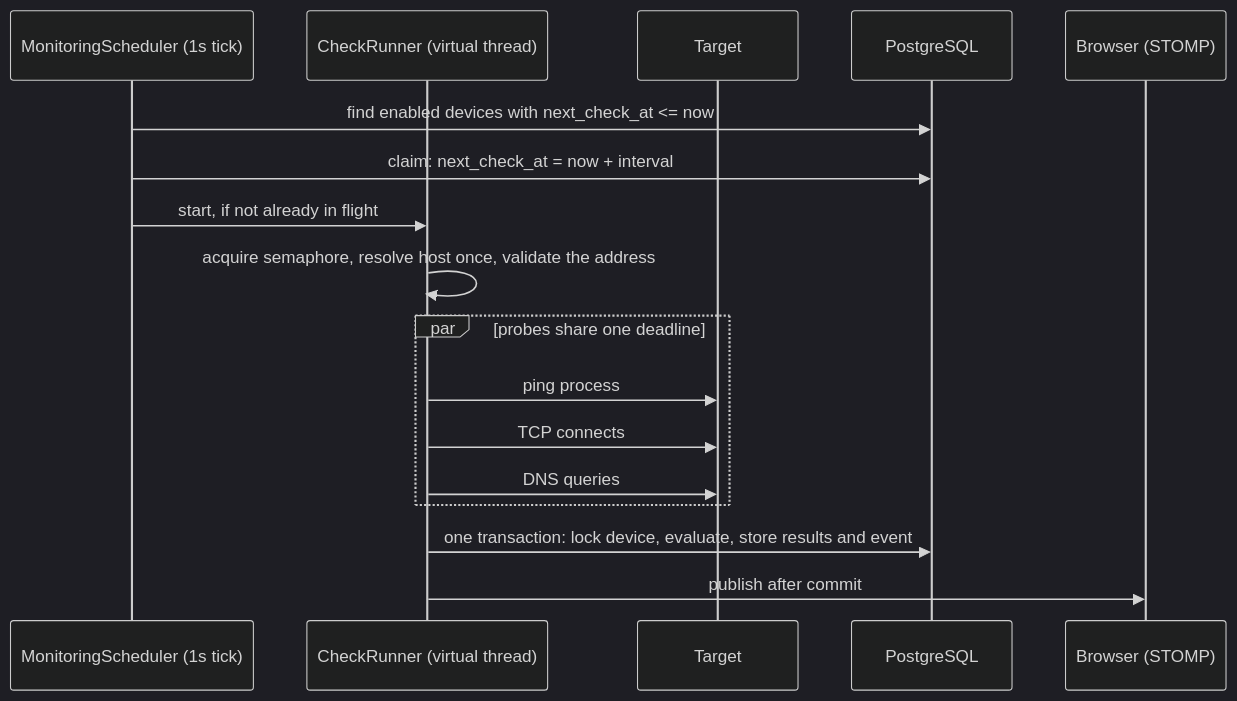
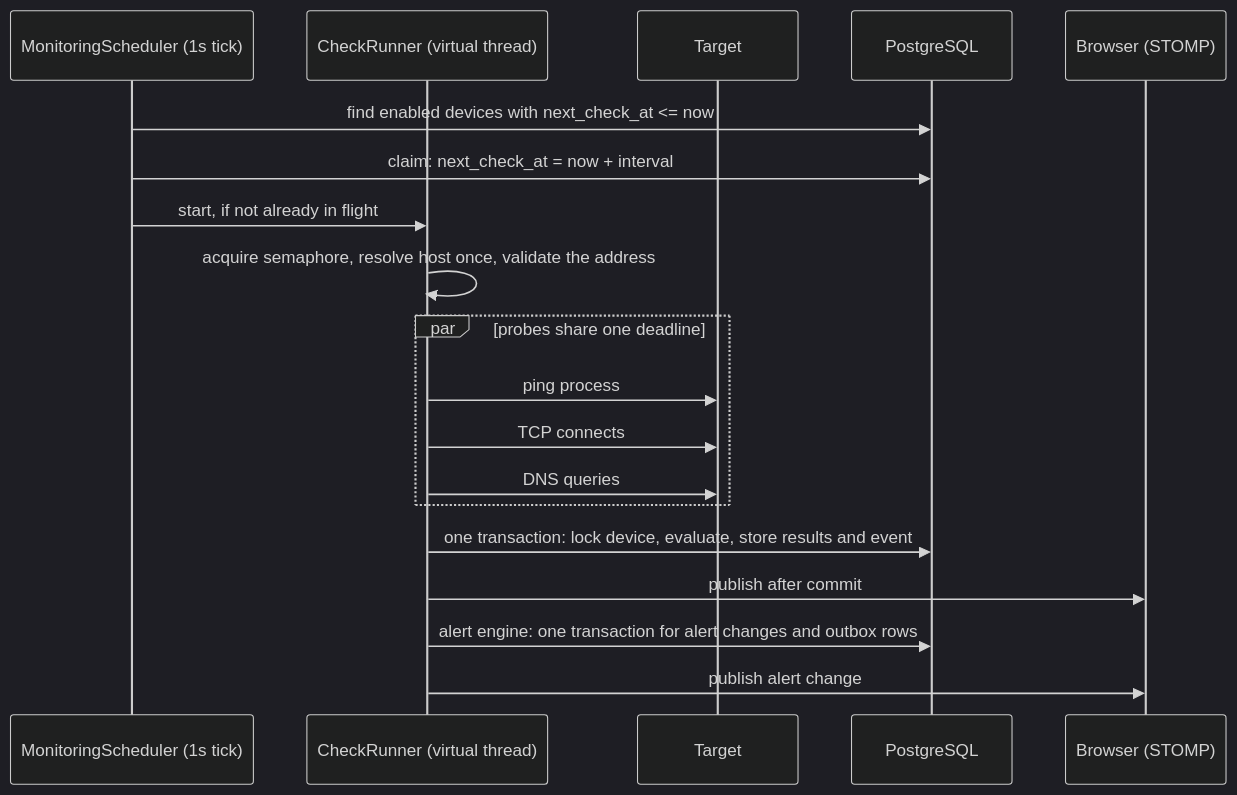
One commit to SonuRauniyar-coder/NetPulse changed the first of 2 diagrams in docs/ARCHITECTURE.md. Above: the diagram before and after it, drawn with Mermaid (dark theme). The commit also changed other lines of this file and 148 other files, not shown here.

````diff
--- a/docs/ARCHITECTURE.md
+++ b/docs/ARCHITECTURE.md
@@ -21,19 +24,21 @@
 ```mermaid
 sequenceDiagram
     participant S as MonitoringScheduler (1s tick)
     participant R as CheckRunner (virtual thread)
     participant T as Target
     participant D as PostgreSQL
     participant W as Browser (STOMP)
     S->>D: find enabled devices with next_check_at <= now
     S->>D: claim: next_check_at = now + interval
     S->>R: start, if not already in flight
     R->>R: acquire semaphore, resolve host once, validate the address
     par probes share one deadline
         R->>T: ping process
         R->>T: TCP connects
         R->>T: DNS queries
     end
     R->>D: one transaction: lock device, evaluate, store results and event
     R->>W: publish after commit
+    R->>D: alert engine: one transaction for alert changes and outbox rows
+    R->>W: publish alert change
 ```
````
